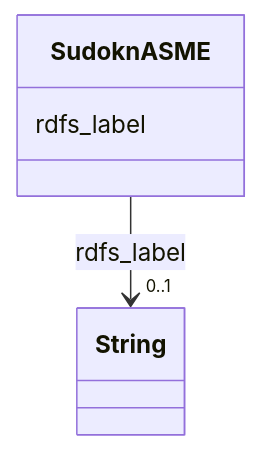
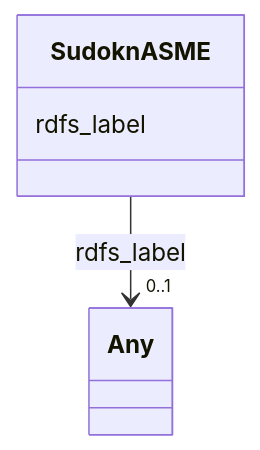
Before and after one commit to frink-okn/graph-descriptions: the diagram in sudokn-kg/classes/SudoknASME.md, drawn with Mermaid. The commit also changed other lines of this file and 903 other files, not shown here.

````diff
--- a/sudokn-kg/classes/SudoknASME.md
+++ b/sudokn-kg/classes/SudoknASME.md
@@ -23,15 +18,15 @@
 ```mermaid
  classDiagram
     class SudoknASME
     click SudoknASME href "../SudoknASME"
       SudoknASME : rdfs_label
         
           
     
     
-    SudoknASME --> "0..1" String : rdfs_label
-    click String href "../String"
+    SudoknASME --> "0..1" Any : rdfs_label
+    click Any href "../Any"
 
         
       
 ```
````
